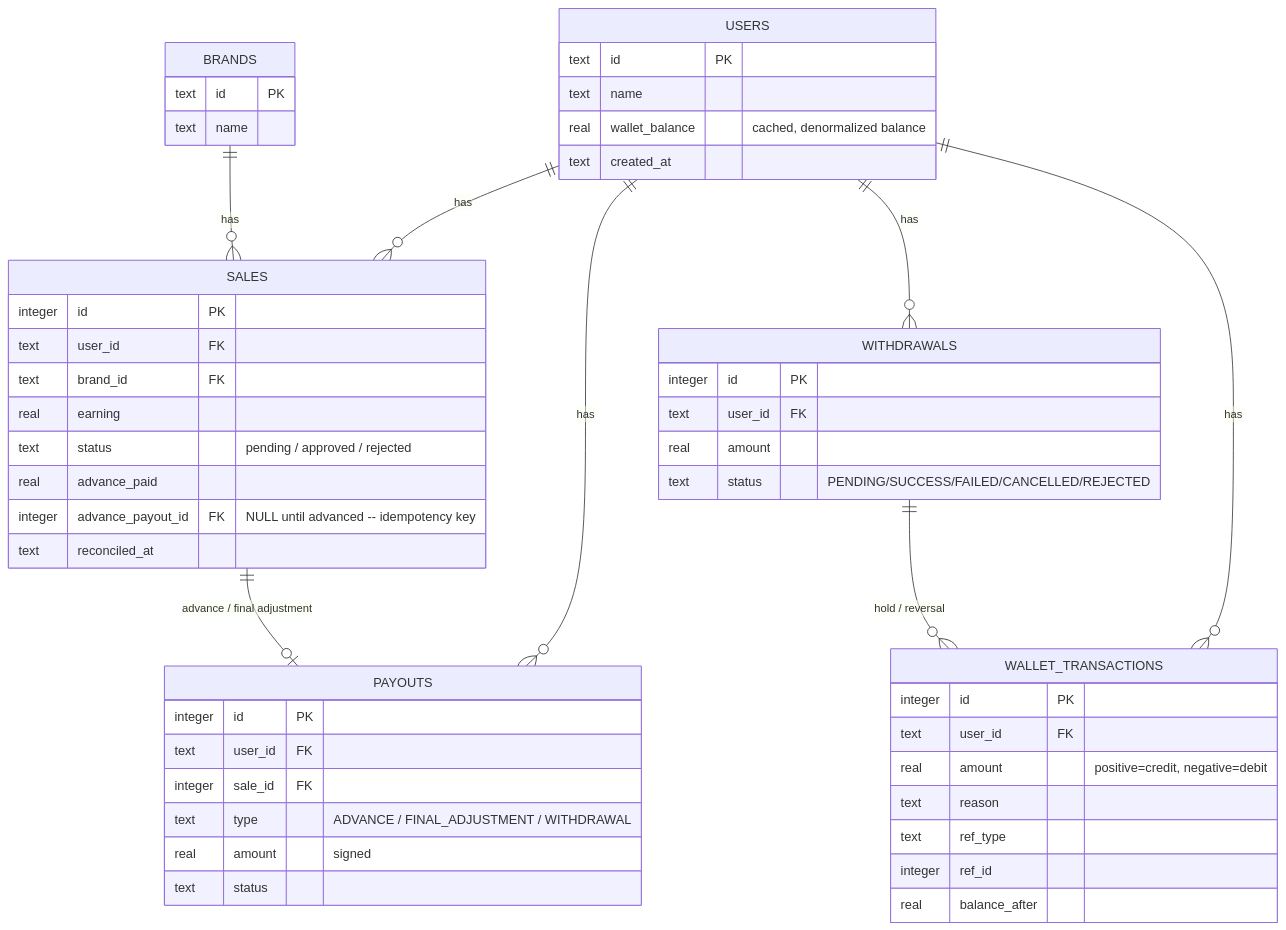
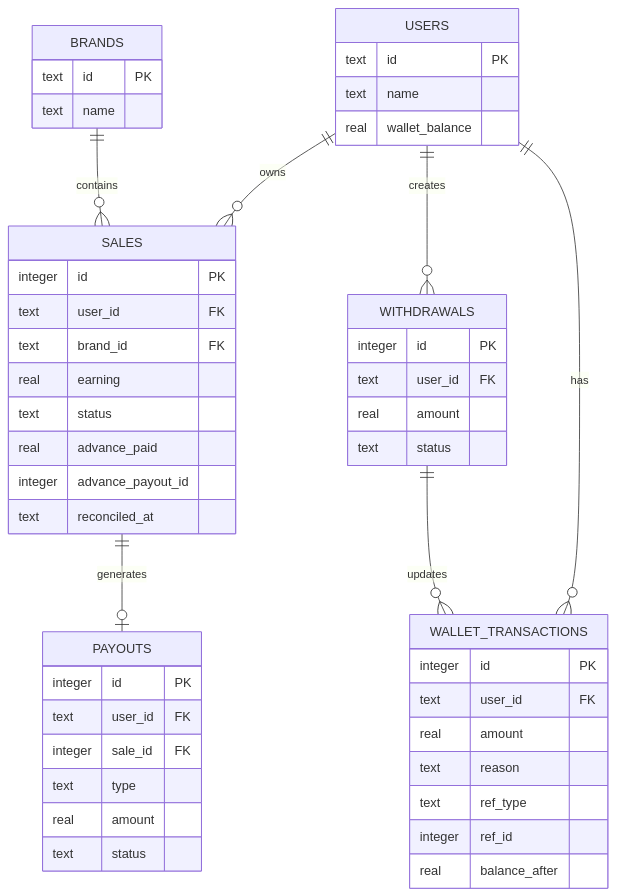
The second of 2 diagrams in README.md (jeet1703/Faym), drawn with Mermaid before and after one commit. The commit also changed other lines of this file, not shown here.

First line of the commit message:
Revise README for Affiliate Payout Management System

````diff
--- a/README.md
+++ b/README.md
@@ -49,54 +256,61 @@
 ```mermaid
 erDiagram
-    USERS ||--o{ SALES : has
-    USERS ||--o{ PAYOUTS : has
-    USERS ||--o{ WALLET_TRANSACTIONS : has
-    USERS ||--o{ WITHDRAWALS : has
-    BRANDS ||--o{ SALES : has
-    SALES ||--o| PAYOUTS : "advance / final adjustment"
-    WITHDRAWALS ||--o{ WALLET_TRANSACTIONS : "hold / reversal"
 
-    USERS {
-        text id PK
-        text name
-        real wallet_balance "cached, denormalized balance"
-        text created_at
-    }
-    BRANDS {
-        text id PK
-        text name
-    }
-    SALES {
-        integer id PK
-        text user_id FK
-        text brand_id FK
-        real earning
-        text status "pending / approved / rejected"
-        real advance_paid
-        integer advance_payout_id FK "NULL until advanced -- idempotency key"
-        text reconciled_at
-    }
-    PAYOUTS {
-        integer id PK
-        text user_id FK
-        integer sale_id FK
-        text type "ADVANCE / FINAL_ADJUSTMENT / WITHDRAWAL"
-        real amount "signed"
-        text status
-    }
-    WALLET_TRANSACTIONS {
-        integer id PK
-        text user_id FK
-        real amount "positive=credit, negative=debit"
-        text reason
-        text ref_type
-        integer ref_id
-        real balance_after
-    }
-    WITHDRAWALS {
-        integer id PK
-        text user_id FK
-        real amount
-        text status "PENDING/SUCCESS/FAILED/CANCELLED/REJECTED"
-    }
+USERS ||--o{ SALES : owns
+USERS ||--o{ WITHDRAWALS : creates
+USERS ||--o{ WALLET_TRANSACTIONS : has
+
+BRANDS ||--o{ SALES : contains
+
+SALES ||--o| PAYOUTS : generates
+
+WITHDRAWALS ||--o{ WALLET_TRANSACTIONS : updates
+
+USERS {
+    text id PK
+    text name
+    real wallet_balance
+}
+
+BRANDS {
+    text id PK
+    text name
+}
+
+SALES {
+    integer id PK
+    text user_id FK
+    text brand_id FK
+    real earning
+    text status
+    real advance_paid
+    integer advance_payout_id
+    text reconciled_at
+}
+
+PAYOUTS {
+    integer id PK
+    text user_id FK
+    integer sale_id FK
+    text type
+    real amount
+    text status
+}
+
+WITHDRAWALS {
+    integer id PK
+    text user_id FK
+    real amount
+    text status
+}
+
+WALLET_TRANSACTIONS {
+    integer id PK
+    text user_id FK
+    real amount
+    text reason
+    text ref_type
+    integer ref_id
+    real balance_after
+}
 ```
````
